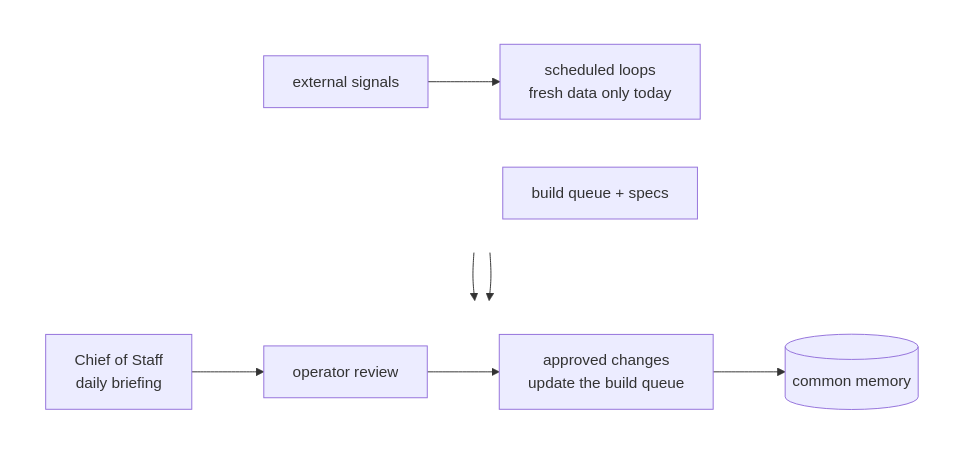
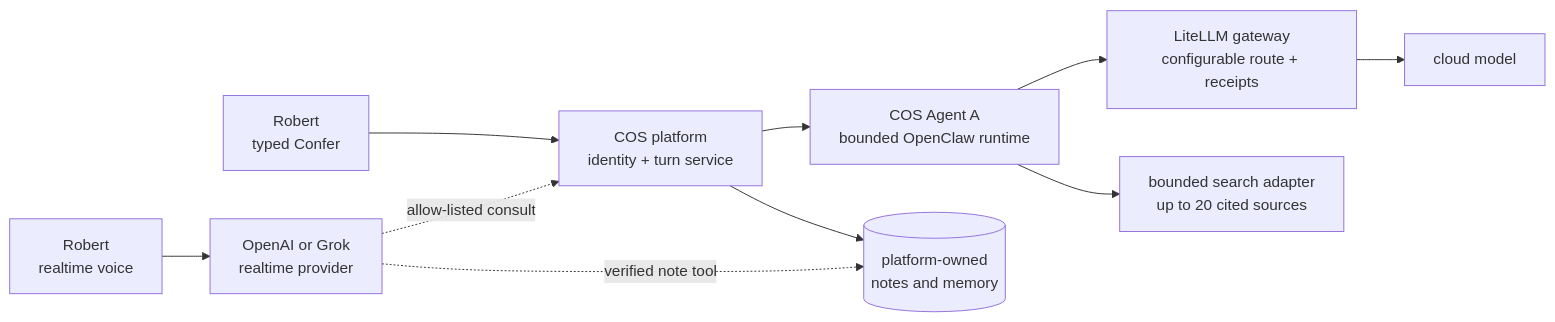
One commit to robertvanstedum/personal-ai-agents changed the ninth of 9 diagrams in ARCHITECTURE.md. Above: the diagram before and after it, drawn with Mermaid. The commit also changed other lines of this file and 24 other files, not shown here.

````diff
--- a/ARCHITECTURE.md
+++ b/ARCHITECTURE.md
@@ -594,20 +576,12 @@
 ```mermaid
-flowchart TB
-    subgraph INPUTS[" "]
-        direction LR
-        A[external signals] --> B[scheduled loops<br/>fresh data only today]
-        C[build queue + specs]
-    end
-
-    subgraph REVIEW[" "]
-        direction LR
-        D[Chief of Staff<br/>daily briefing] --> F[operator review]
-        F --> G[approved changes<br/>update the build queue]
-        G --> E[(common memory)]
-    end
-
-    B --> D
-    C --> D
-    style INPUTS fill:transparent,stroke:transparent
-    style REVIEW fill:transparent,stroke:transparent
+flowchart LR
+    R[Robert<br/>typed Confer] --> P[COS platform<br/>identity + turn service]
+    P --> A[COS Agent A<br/>bounded OpenClaw runtime]
+    A --> G[LiteLLM gateway<br/>configurable route + receipts]
+    G --> M[cloud model]
+    A --> S[bounded search adapter<br/>up to 20 cited sources]
+    P --> N[(platform-owned<br/>notes and memory)]
+    V[Robert<br/>realtime voice] --> Q[OpenAI or Grok<br/>realtime provider]
+    Q -.allow-listed consult.-> P
+    Q -.verified note tool.-> N
 ```
````
